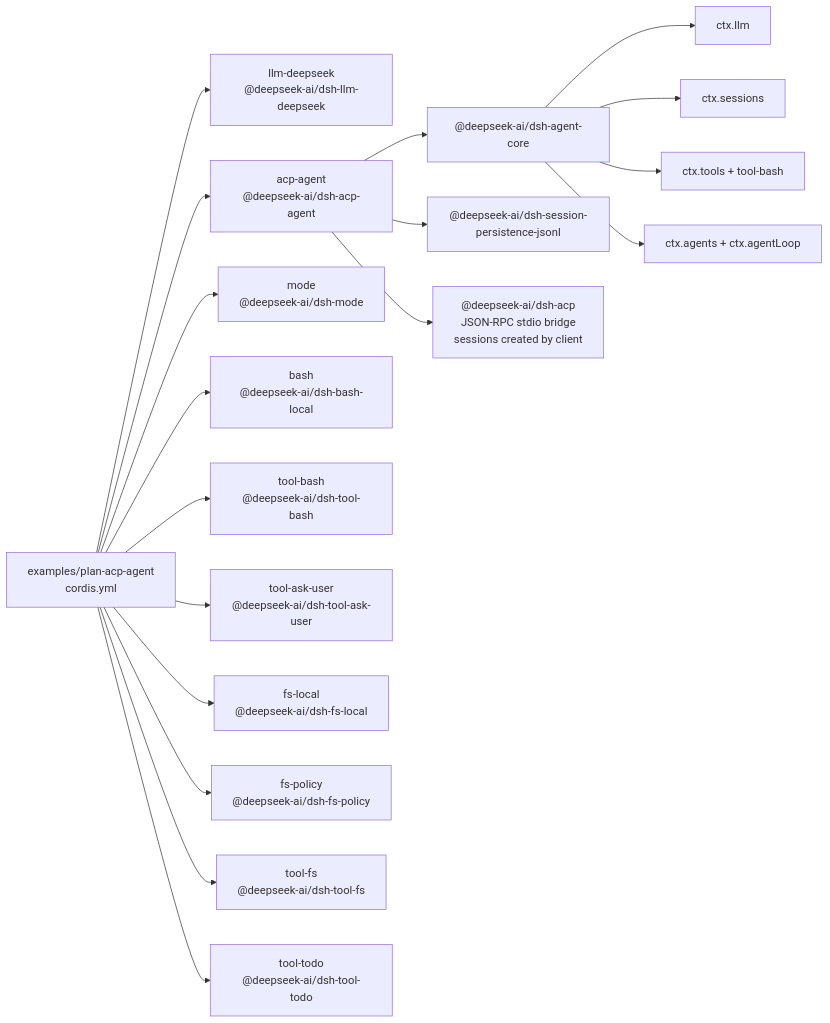
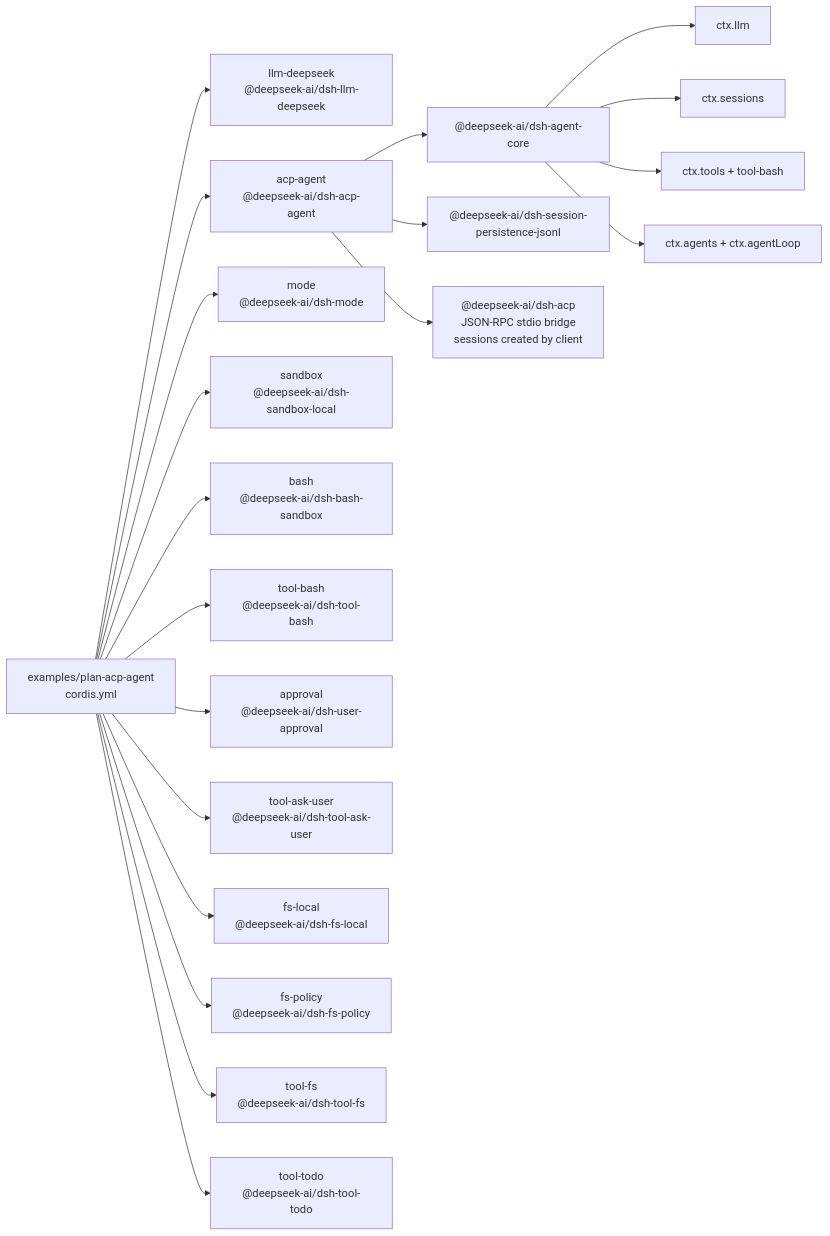
The diagram in examples/plan-acp-agent/composition.md (007M7/DeepCode), drawn with Mermaid before and after one commit. The commit also changed other lines of this file and 30 other files, not shown here.

````diff
--- a/examples/plan-acp-agent/composition.md
+++ b/examples/plan-acp-agent/composition.md
@@ -8,31 +8,35 @@
 ```mermaid
 flowchart LR
   cfg["examples/plan-acp-agent<br/>cordis.yml"]
   plugin_plan-acp_llm_deepseek["llm-deepseek<br/>@deepseek-ai/dsh-llm-deepseek"]
   cfg --> plugin_plan-acp_llm_deepseek
   plugin_plan-acp_acp_agent["acp-agent<br/>@deepseek-ai/dsh-acp-agent"]
   cfg --> plugin_plan-acp_acp_agent
   plugin_plan-acp_acp_agent --> bundle_agent_core["@deepseek-ai/dsh-agent-core"]
   plugin_plan-acp_acp_agent --> bundle_jsonl["@deepseek-ai/dsh-session-persistence-jsonl"]
   plugin_plan-acp_acp_agent --> frontdoor_acp["@deepseek-ai/dsh-acp<br/>JSON-RPC stdio bridge<br/>sessions created by client"]
   bundle_agent_core --> spine_llm["ctx.llm"]
   bundle_agent_core --> spine_sessions["ctx.sessions"]
   bundle_agent_core --> spine_tools["ctx.tools + tool-bash"]
   bundle_agent_core --> spine_loop["ctx.agents + ctx.agentLoop"]
   plugin_plan-acp_mode["mode<br/>@deepseek-ai/dsh-mode"]
   cfg --> plugin_plan-acp_mode
-  plugin_plan-acp_bash["bash<br/>@deepseek-ai/dsh-bash-local"]
+  plugin_plan-acp_sandbox["sandbox<br/>@deepseek-ai/dsh-sandbox-local"]
+  cfg --> plugin_plan-acp_sandbox
+  plugin_plan-acp_bash["bash<br/>@deepseek-ai/dsh-bash-sandbox"]
   cfg --> plugin_plan-acp_bash
   plugin_plan-acp_tool_bash["tool-bash<br/>@deepseek-ai/dsh-tool-bash"]
   cfg --> plugin_plan-acp_tool_bash
+  plugin_plan-acp_approval["approval<br/>@deepseek-ai/dsh-user-approval"]
+  cfg --> plugin_plan-acp_approval
   plugin_plan-acp_tool_ask_user["tool-ask-user<br/>@deepseek-ai/dsh-tool-ask-user"]
   cfg --> plugin_plan-acp_tool_ask_user
   plugin_plan-acp_fs_local["fs-local<br/>@deepseek-ai/dsh-fs-local"]
   cfg --> plugin_plan-acp_fs_local
   plugin_plan-acp_fs_policy["fs-policy<br/>@deepseek-ai/dsh-fs-policy"]
   cfg --> plugin_plan-acp_fs_policy
   plugin_plan-acp_tool_fs["tool-fs<br/>@deepseek-ai/dsh-tool-fs"]
   cfg --> plugin_plan-acp_tool_fs
   plugin_plan-acp_tool_todo["tool-todo<br/>@deepseek-ai/dsh-tool-todo"]
   cfg --> plugin_plan-acp_tool_todo
 ```
````
